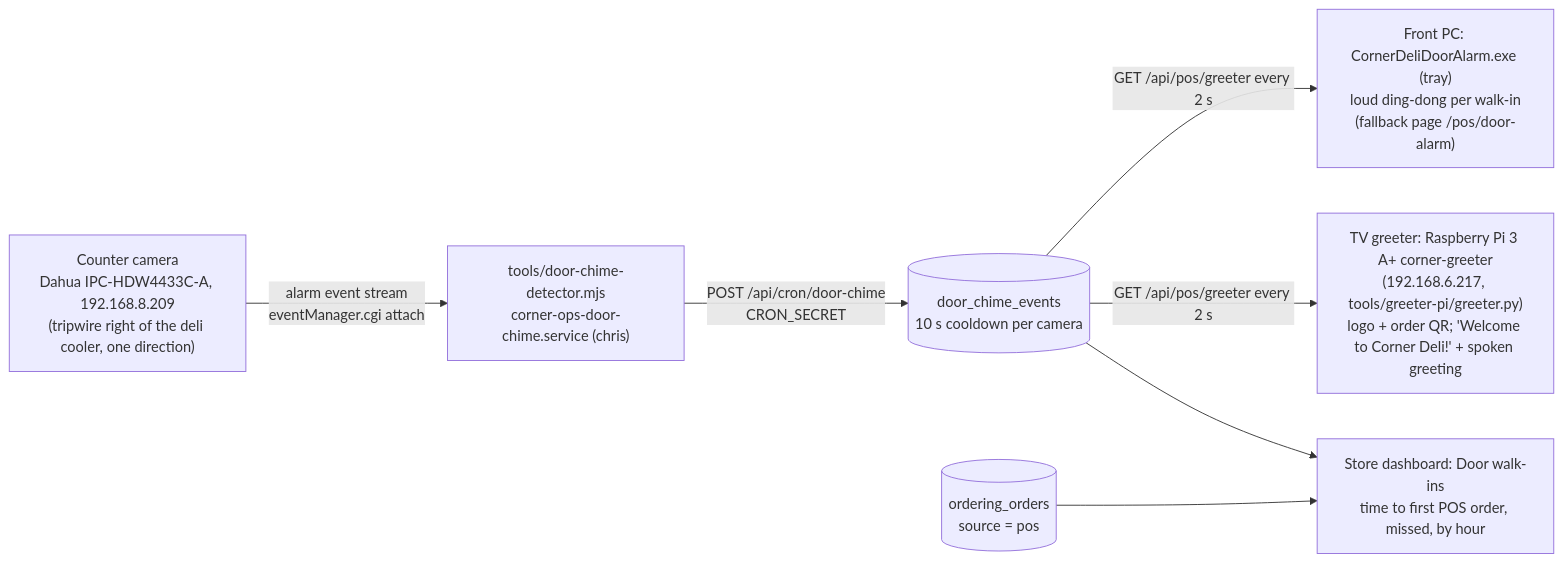
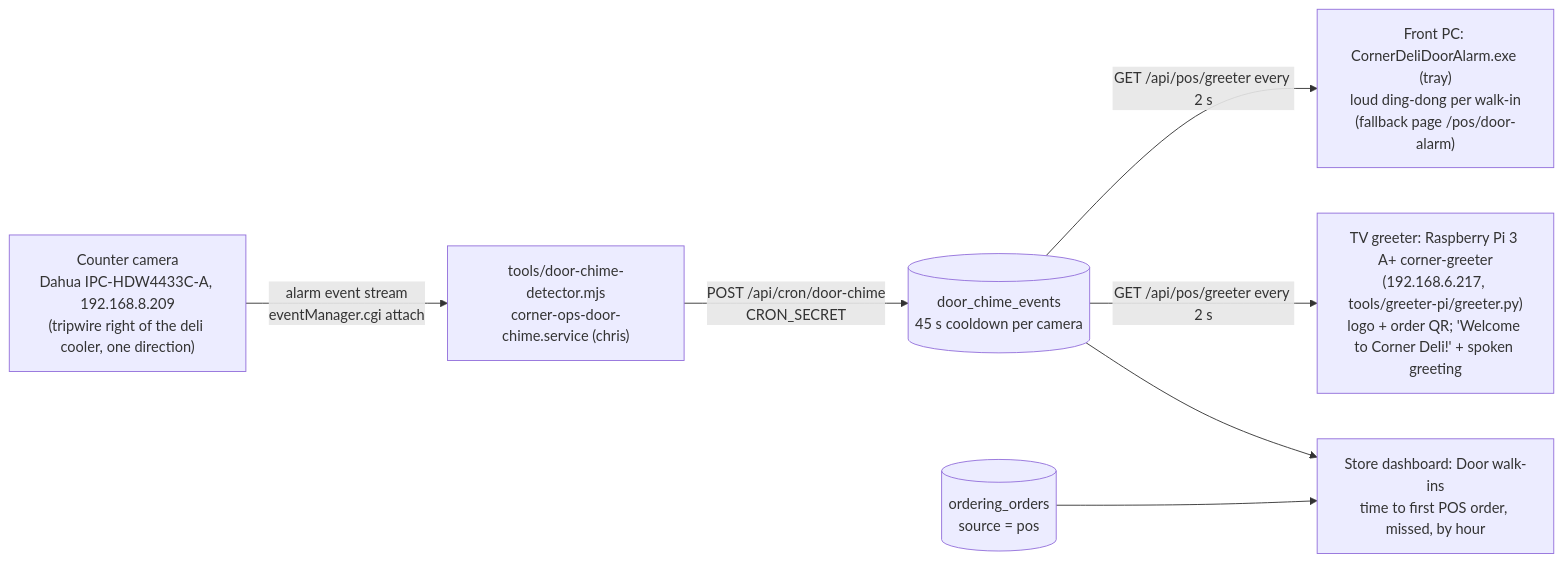
Before and after one commit to metalcoat/corner-ops: the seventh of 7 diagrams in docs/PROCESS-MAP.md, drawn with Mermaid. The commit also changed 2 other files, not shown here.

Commit message:
Walk-ins: 45 s cooldown
The counter camera re-fires several times for one arrival: on 2026-10-18/19,
48 of 117 recorded walk-ins came less than a minute after the previous one.
Count repeats within 45 s (was 10 s) as the same walk-in, in the app and
the listener.

````diff
--- a/docs/PROCESS-MAP.md
+++ b/docs/PROCESS-MAP.md
@@ -260,9 +260,9 @@
 ```mermaid
 flowchart LR
   cam["Counter camera<br/>Dahua IPC-HDW4433C-A, 192.168.8.209<br/>(tripwire right of the deli cooler, one direction)"] -->|"alarm event stream<br/>eventManager.cgi attach"| det["tools/door-chime-detector.mjs<br/>corner-ops-door-chime.service (chris)"]
-  det -->|"POST /api/cron/door-chime<br/>CRON_SECRET"| ev[(door_chime_events<br/>10 s cooldown per camera)]
+  det -->|"POST /api/cron/door-chime<br/>CRON_SECRET"| ev[(door_chime_events<br/>45 s cooldown per camera)]
   ev --> dash["Store dashboard: Door walk-ins<br/>time to first POS order, missed, by hour"]
   ord[(ordering_orders<br/>source = pos)] --> dash
   ev -->|"GET /api/pos/greeter every 2 s"| tv["TV greeter: Raspberry Pi 3 A+ corner-greeter<br/>(192.168.6.217, tools/greeter-pi/greeter.py)<br/>logo + order QR; 'Welcome to Corner Deli!' + spoken greeting"]
   ev -->|"GET /api/pos/greeter every 2 s"| pc["Front PC: CornerDeliDoorAlarm.exe (tray)<br/>loud ding-dong per walk-in<br/>(fallback page /pos/door-alarm)"]
 ```
````
